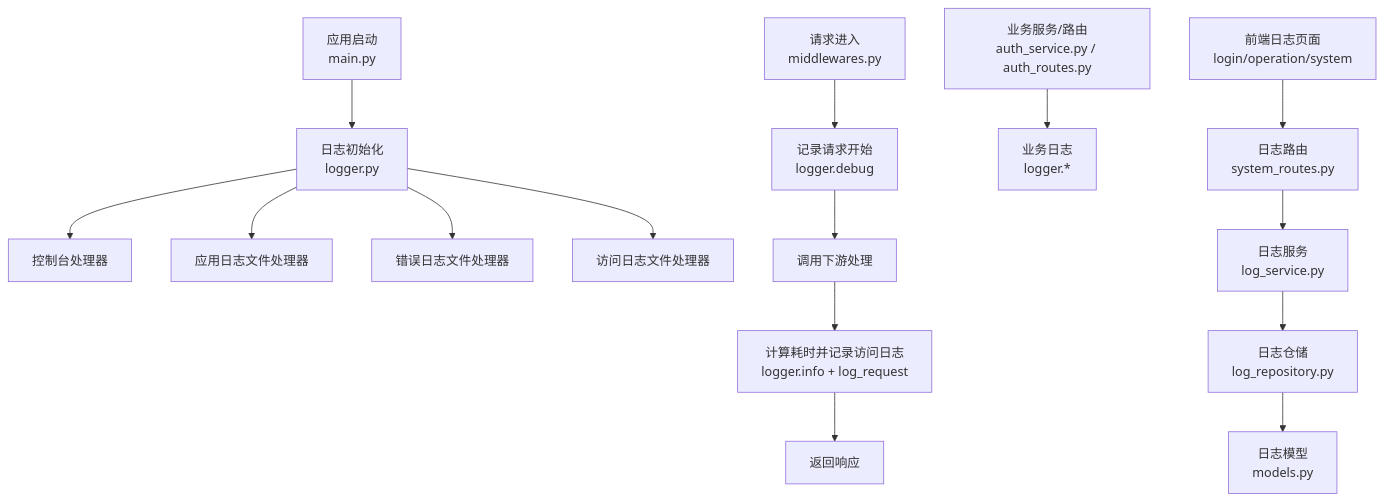
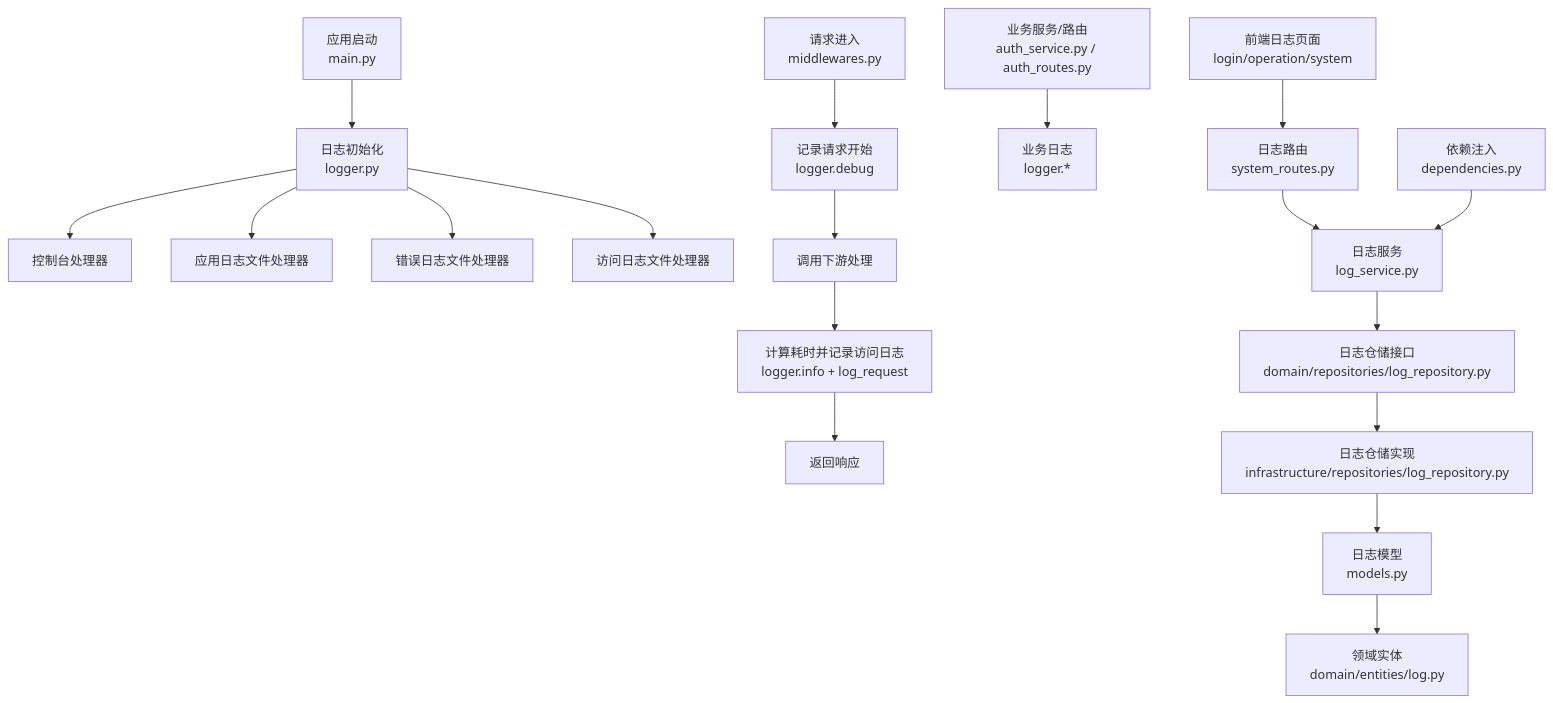
Before and after one commit to taoweidong/Hello-FastApi: the second of 8 diagrams in .qoder/repowiki/zh/content/核心模块/日志系统.md, drawn with Mermaid. The commit also changed other lines of this file and 18 other files, not shown here.

````diff
--- a/.qoder/repowiki/zh/content/核心模块/日志系统.md
+++ b/.qoder/repowiki/zh/content/核心模块/日志系统.md
@@ -177,17 +200,20 @@
 ```mermaid
 graph TB
 A["应用启动<br/>main.py"] --> B["日志初始化<br/>logger.py"]
 B --> C["控制台处理器"]
 B --> D["应用日志文件处理器"]
 B --> E["错误日志文件处理器"]
 B --> F["访问日志文件处理器"]
 G["请求进入<br/>middlewares.py"] --> H["记录请求开始<br/>logger.debug"]
 H --> I["调用下游处理"]
 I --> J["计算耗时并记录访问日志<br/>logger.info + log_request"]
 J --> K["返回响应"]
 L["业务服务/路由<br/>auth_service.py / auth_routes.py"] --> M["业务日志<br/>logger.*"]
 N["日志路由<br/>system_routes.py"] --> O["日志服务<br/>log_service.py"]
-O --> P["日志仓储<br/>log_repository.py"]
-P --> Q["日志模型<br/>models.py"]
-R["前端日志页面<br/>login/operation/system"] --> N
+O --> P["日志仓储接口<br/>domain/repositories/log_repository.py"]
+P --> Q["日志仓储实现<br/>infrastructure/repositories/log_repository.py"]
+Q --> R["日志模型<br/>models.py"]
+R --> S["领域实体<br/>domain/entities/log.py"]
+T["依赖注入<br/>dependencies.py"] --> O
+U["前端日志页面<br/>login/operation/system"] --> N
 ```
````
